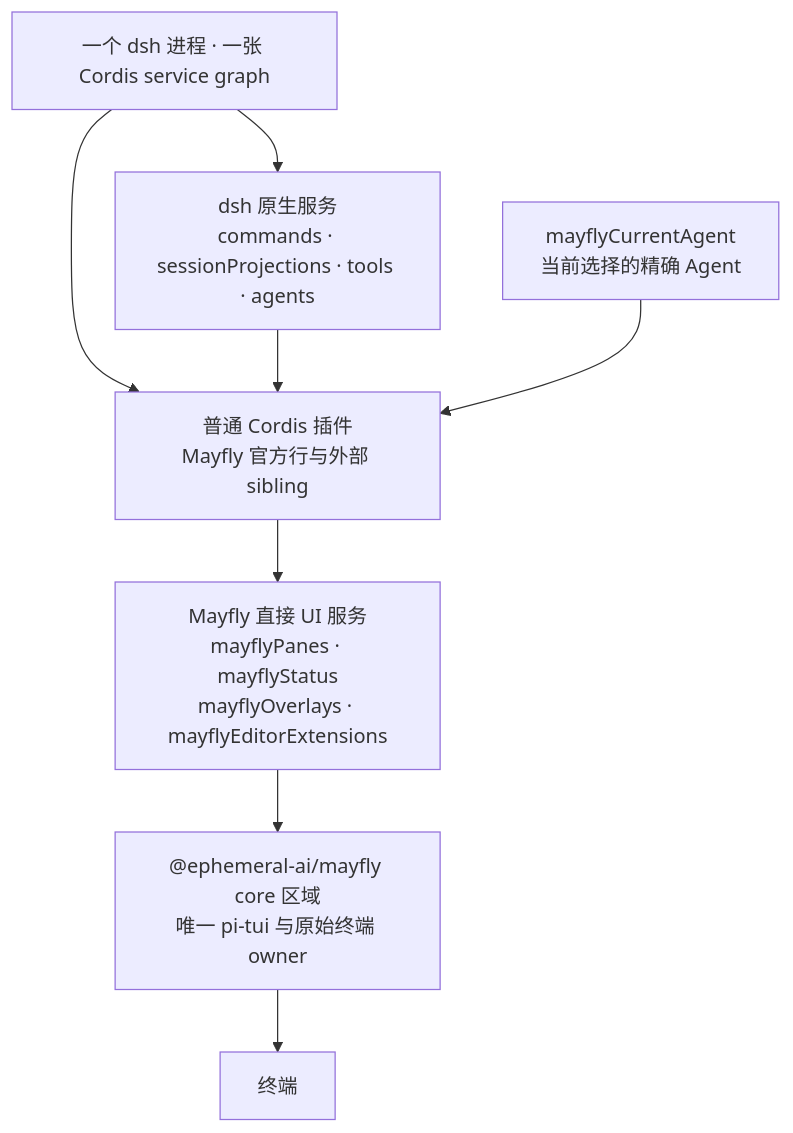
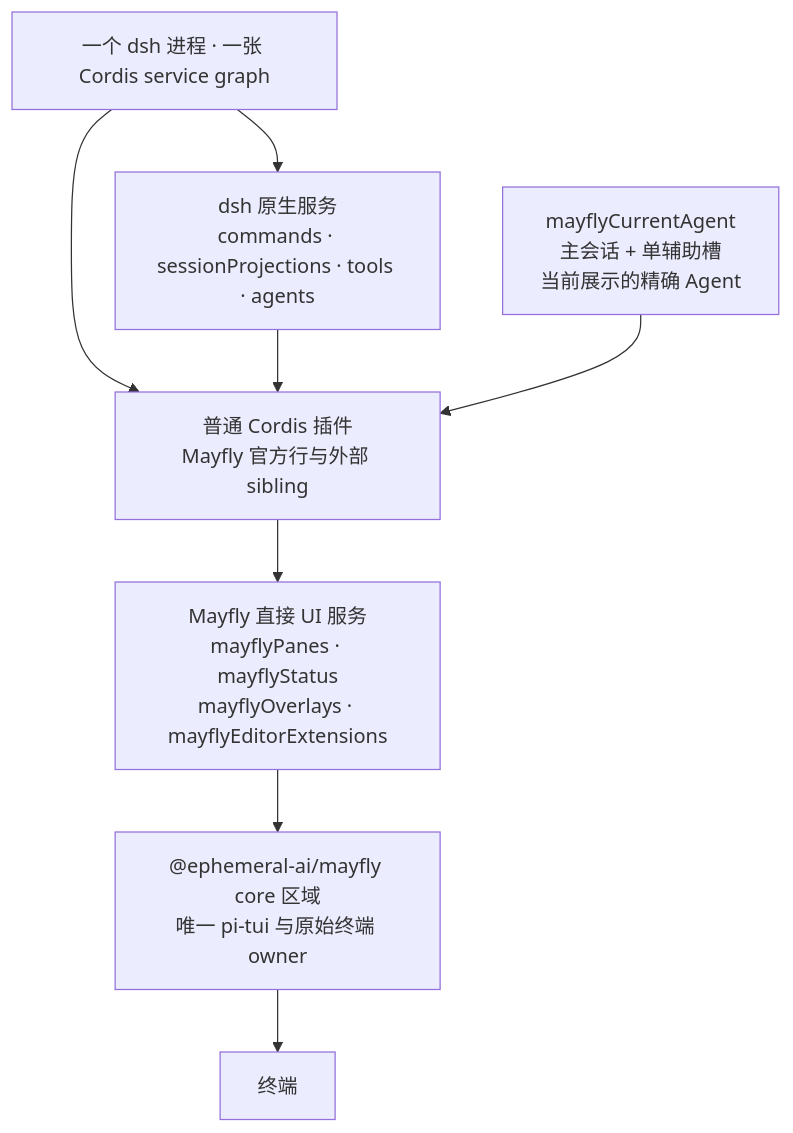
Before and after one commit to Ephemeral-AI-Lab/mayfly: the diagram in README.zh.md, drawn with Mermaid. The commit also changed other lines of this file and 82 other files, not shown here.

````diff
--- a/README.zh.md
+++ b/README.zh.md
@@ -107,18 +112,18 @@
 ```mermaid
 flowchart TB
     ROOT["一个 dsh 进程 · 一张 Cordis service graph"]
     DSH["dsh 原生服务<br/>commands · sessionProjections · tools · agents"]
     PLUGIN["普通 Cordis 插件<br/>Mayfly 官方行与外部 sibling"]
-    AGENT["mayflyCurrentAgent<br/>当前选择的精确 Agent"]
+    AGENT["mayflyCurrentAgent<br/>主会话 + 单辅助槽<br/>当前展示的精确 Agent"]
     UI["Mayfly 直接 UI 服务<br/>mayflyPanes · mayflyStatus<br/>mayflyOverlays · mayflyEditorExtensions"]
     CORE["@ephemeral-ai/mayfly core 区域<br/>唯一 pi-tui 与原始终端 owner"]
     TERM["终端"]
 
     ROOT --> DSH
     ROOT --> PLUGIN
     DSH --> PLUGIN
     AGENT --> PLUGIN
     PLUGIN --> UI
     UI --> CORE
     CORE --> TERM
 ```
````
